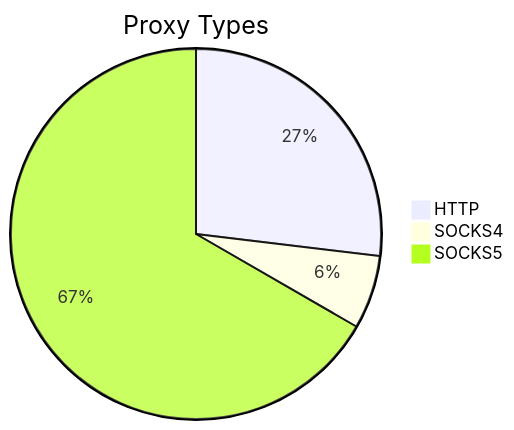
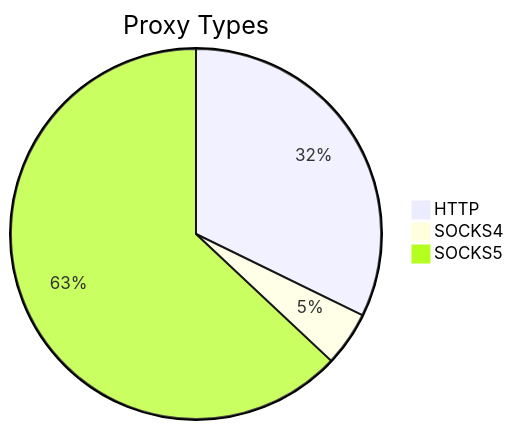
One commit to stormsia/proxy-list changed the first of 2 diagrams in README.md. Above: the diagram before and after it, drawn with Mermaid. The commit also changed other lines of this file, not shown here.

````diff
--- a/README.md
+++ b/README.md
@@ -21,6 +21,6 @@
 ```mermaid
 pie title Proxy Types
-    "HTTP" : 113
-    "SOCKS4" : 27
-    "SOCKS5" : 280
+    "HTTP" : 419
+    "SOCKS4" : 62
+    "SOCKS5" : 819
 ```
````
